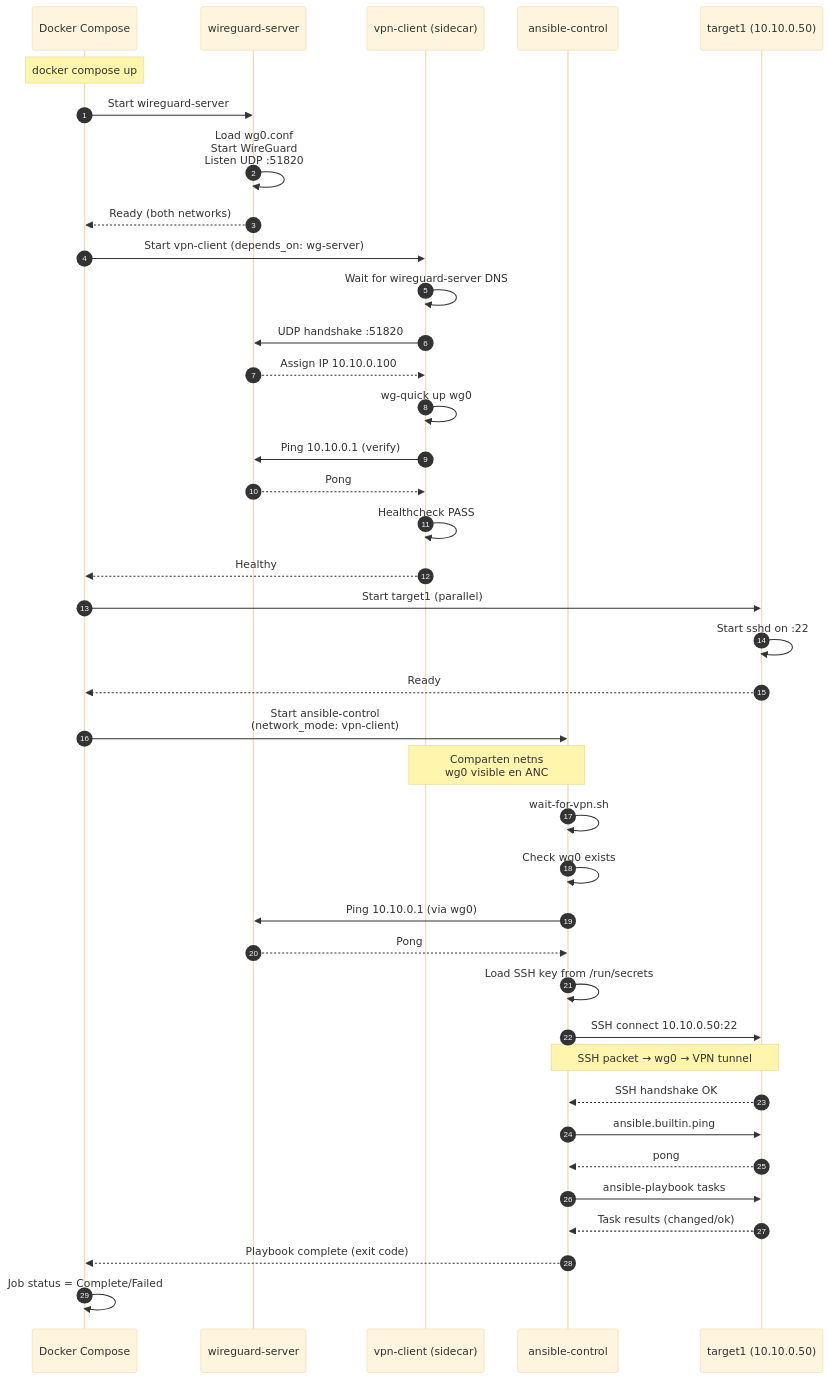
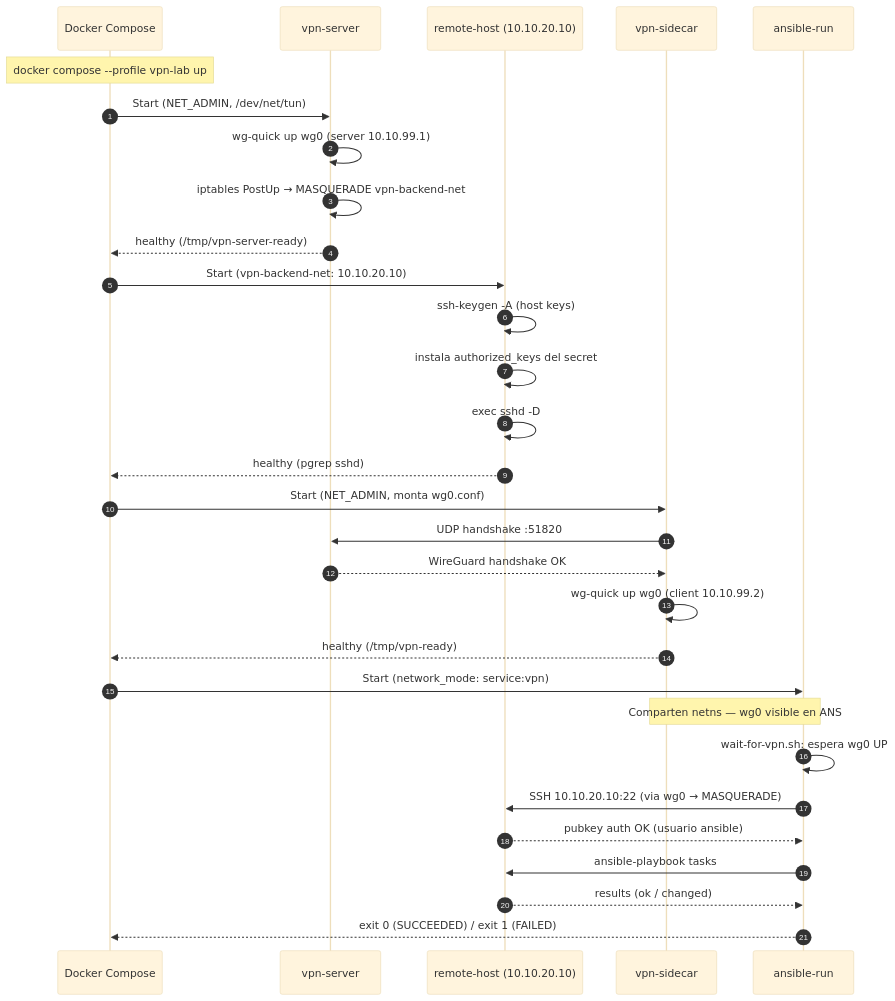
Before and after one commit to VanOps/kubernetes-job-over-VPN: the diagram in docs/ssh/04-vpn-tunnel-lab.md, drawn with Mermaid (base theme). The commit also changed other lines of this file and 15 other files, not shown here.

````diff
--- a/docs/ssh/04-vpn-tunnel-lab.md
+++ b/docs/ssh/04-vpn-tunnel-lab.md
@@ -936,50 +152,37 @@
 ```mermaid
 sequenceDiagram
     autonumber
     participant DC as Docker Compose
-    participant WGS as wireguard-server
-    participant VPNC as vpn-client (sidecar)
-    participant ANC as ansible-control
-    participant TG1 as target1 (10.10.0.50)
+    participant WGS as vpn-server
+    participant RH as remote-host (10.10.20.10)
+    participant VPN as vpn-sidecar
+    participant ANS as ansible-run
 
-    Note over DC: docker compose up
+    Note over DC: docker compose --profile vpn-lab up
 
-    DC->>WGS: Start wireguard-server
-    WGS->>WGS: Load wg0.conf<br/>Start WireGuard<br/>Listen UDP :51820
-    WGS-->>DC: Ready (both networks)
+    DC->>WGS: Start (NET_ADMIN, /dev/net/tun)
+    WGS->>WGS: wg-quick up wg0 (server 10.10.99.1)
+    WGS->>WGS: iptables PostUp → MASQUERADE vpn-backend-net
+    WGS-->>DC: healthy (/tmp/vpn-server-ready)
 
-    DC->>VPNC: Start vpn-client (depends_on: wg-server)
-    VPNC->>VPNC: Wait for wireguard-server DNS
-    VPNC->>WGS: UDP handshake :51820
-    WGS-->>VPNC: Assign IP 10.10.0.100
-    VPNC->>VPNC: wg-quick up wg0
-    VPNC->>WGS: Ping 10.10.0.1 (verify)
-    WGS-->>VPNC: Pong
-    VPNC->>VPNC: Healthcheck PASS
-    VPNC-->>DC: Healthy
+    DC->>RH: Start (vpn-backend-net: 10.10.20.10)
+    RH->>RH: ssh-keygen -A (host keys)
+    RH->>RH: instala authorized_keys del secret
+    RH->>RH: exec sshd -D
+    RH-->>DC: healthy (pgrep sshd)
 
-    DC->>TG1: Start target1 (parallel)
-    TG1->>TG1: Start sshd on :22
-    TG1-->>DC: Ready
+    DC->>VPN: Start (NET_ADMIN, monta wg0.conf)
+    VPN->>WGS: UDP handshake :51820
+    WGS-->>VPN: WireGuard handshake OK
+    VPN->>VPN: wg-quick up wg0 (client 10.10.99.2)
+    VPN-->>DC: healthy (/tmp/vpn-ready)
 
-    DC->>ANC: Start ansible-control<br/>(network_mode: vpn-client)
-    Note over ANC,VPNC: Comparten netns<br/>wg0 visible en ANC
-
-    ANC->>ANC: wait-for-vpn.sh
-    ANC->>ANC: Check wg0 exists
-    ANC->>WGS: Ping 10.10.0.1 (via wg0)
-    WGS-->>ANC: Pong
-    ANC->>ANC: Load SSH key from /run/secrets
-
-    ANC->>TG1: SSH connect 10.10.0.50:22
-    Note over ANC,TG1: SSH packet → wg0 → VPN tunnel
-    TG1-->>ANC: SSH handshake OK
-    ANC->>TG1: ansible.builtin.ping
-    TG1-->>ANC: pong
-
-    ANC->>TG1: ansible-playbook tasks
-    TG1-->>ANC: Task results (changed/ok)
-
-    ANC-->>DC: Playbook complete (exit code)
-    DC->>DC: Job status = Complete/Failed
+    DC->>ANS: Start (network_mode: service:vpn)
+    Note over ANS,VPN: Comparten netns — wg0 visible en ANS
+    ANS->>ANS: wait-for-vpn.sh: espera wg0 UP
+    ANS->>RH: SSH 10.10.20.10:22 (via wg0 → MASQUERADE)
+    RH-->>ANS: pubkey auth OK (usuario ansible)
+    ANS->>RH: ansible-playbook tasks
+    RH-->>ANS: results (ok / changed)
+    ANS-->>DC: exit 0 (SUCCEEDED) / exit 1 (FAILED)
 ```
````
